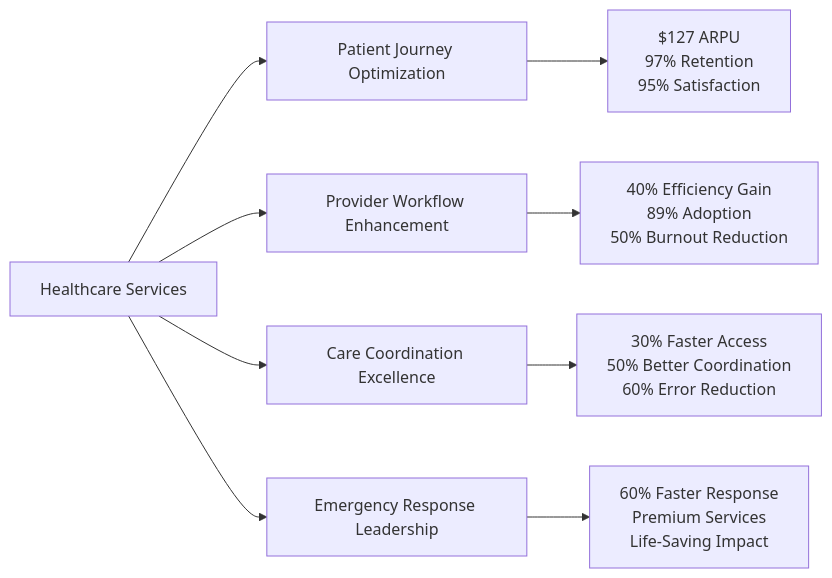
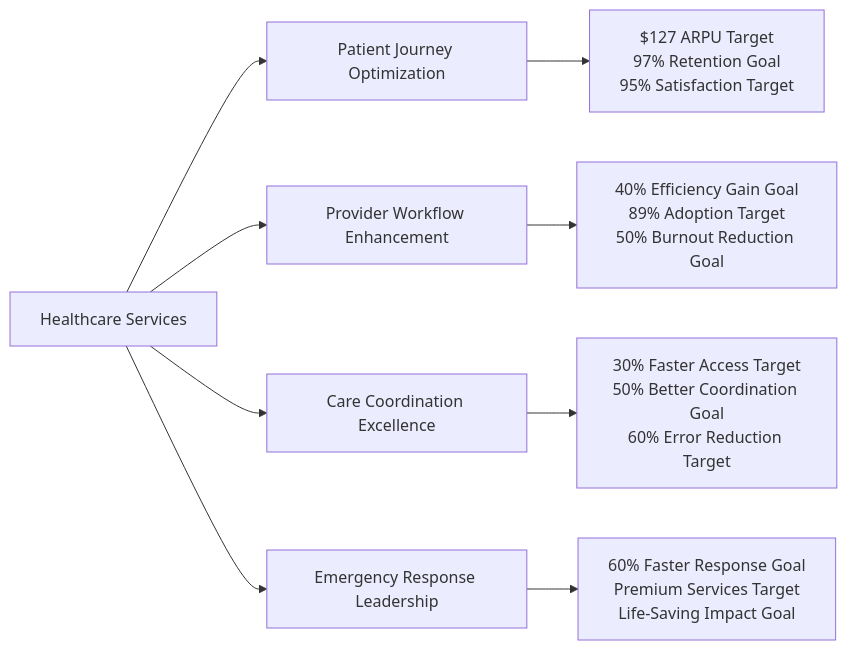
The second of 10 diagrams in chapters/05-service-layer.md (mydr24/book), drawn with Mermaid before and after one commit. The commit also changed other lines of this file and 15 other files, not shown here.

````diff
--- a/chapters/05-service-layer.md
+++ b/chapters/05-service-layer.md
@@ -33,12 +35,12 @@
 ```mermaid
 graph LR
     A[Healthcare Services] --> B[Patient Journey Optimization]
     A --> C[Provider Workflow Enhancement]
     A --> D[Care Coordination Excellence]
     A --> E[Emergency Response Leadership]
     
-    B --> F[$127 ARPU<br/>97% Retention<br/>95% Satisfaction]
-    C --> G[40% Efficiency Gain<br/>89% Adoption<br/>50% Burnout Reduction]
-    D --> H[30% Faster Access<br/>50% Better Coordination<br/>60% Error Reduction]
-    E --> I[60% Faster Response<br/>Premium Services<br/>Life-Saving Impact]
+    B --> F[$127 ARPU Target<br/>97% Retention Goal<br/>95% Satisfaction Target]
+    C --> G[40% Efficiency Gain Goal<br/>89% Adoption Target<br/>50% Burnout Reduction Goal]
+    D --> H[30% Faster Access Target<br/>50% Better Coordination Goal<br/>60% Error Reduction Target]
+    E --> I[60% Faster Response Goal<br/>Premium Services Target<br/>Life-Saving Impact Goal]
 ```
````
